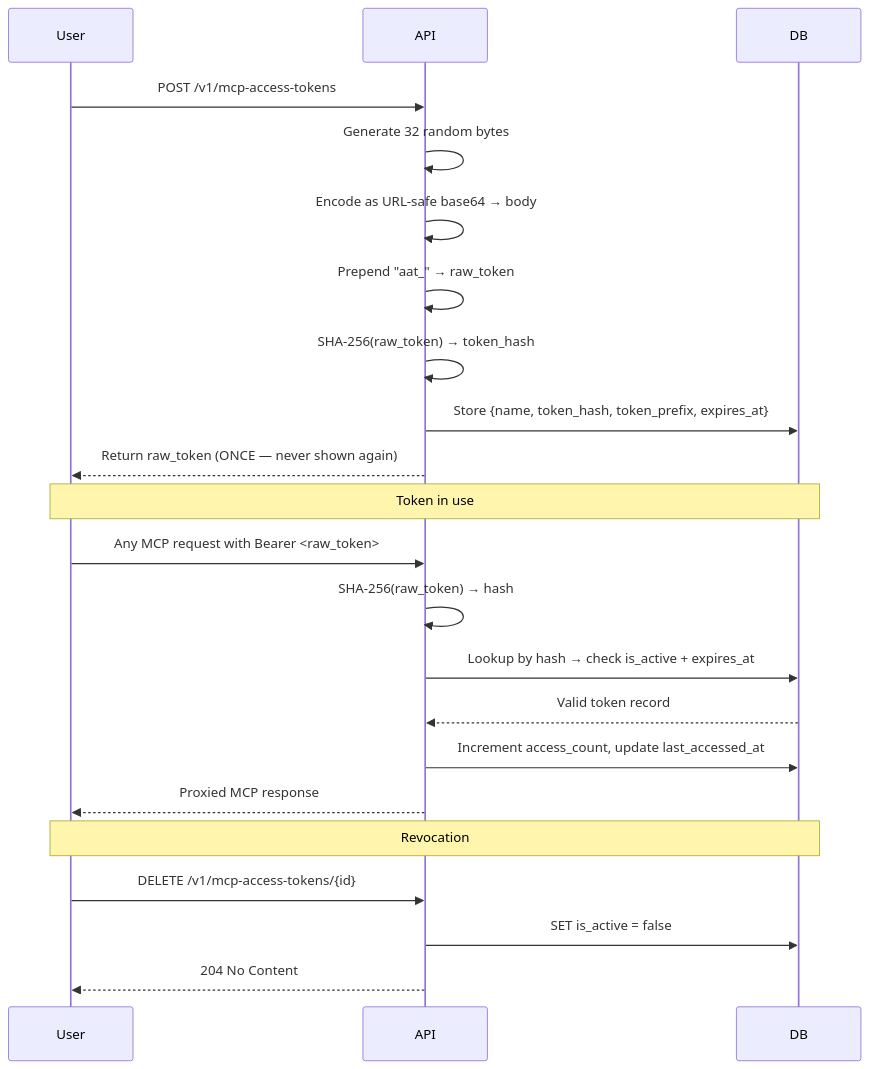
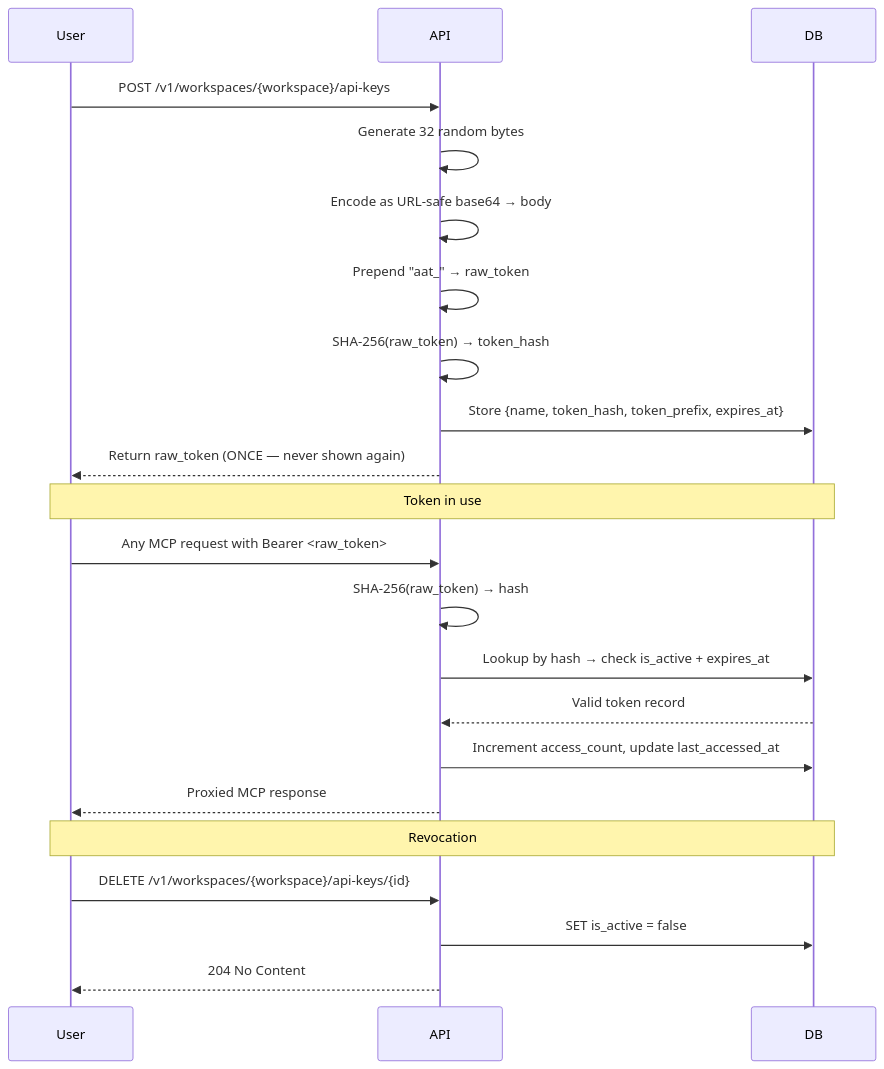
One commit to agentarea/agentarea changed the diagram in docs/mcp-access-tokens.md. Above: the diagram before and after it, drawn with Mermaid. The commit also changed other lines of this file and 40 other files, not shown here.

````diff
--- a/docs/mcp-access-tokens.md
+++ b/docs/mcp-access-tokens.md
@@ -52,29 +52,29 @@
 ```mermaid
 sequenceDiagram
     participant User
     participant API
     participant DB
 
-    User->>API: POST /v1/mcp-access-tokens
+    User->>API: POST /v1/workspaces/{workspace}/api-keys
     API->>API: Generate 32 random bytes
     API->>API: Encode as URL-safe base64 → body
     API->>API: Prepend "aat_" → raw_token
     API->>API: SHA-256(raw_token) → token_hash
     API->>DB: Store {name, token_hash, token_prefix, expires_at}
     API-->>User: Return raw_token (ONCE — never shown again)
 
     Note over User,DB: Token in use
 
     User->>API: Any MCP request with Bearer <raw_token>
     API->>API: SHA-256(raw_token) → hash
     API->>DB: Lookup by hash → check is_active + expires_at
     DB-->>API: Valid token record
     API->>DB: Increment access_count, update last_accessed_at
     API-->>User: Proxied MCP response
 
     Note over User,DB: Revocation
 
-    User->>API: DELETE /v1/mcp-access-tokens/{id}
+    User->>API: DELETE /v1/workspaces/{workspace}/api-keys/{id}
     API->>DB: SET is_active = false
     API-->>User: 204 No Content
 ```
````
